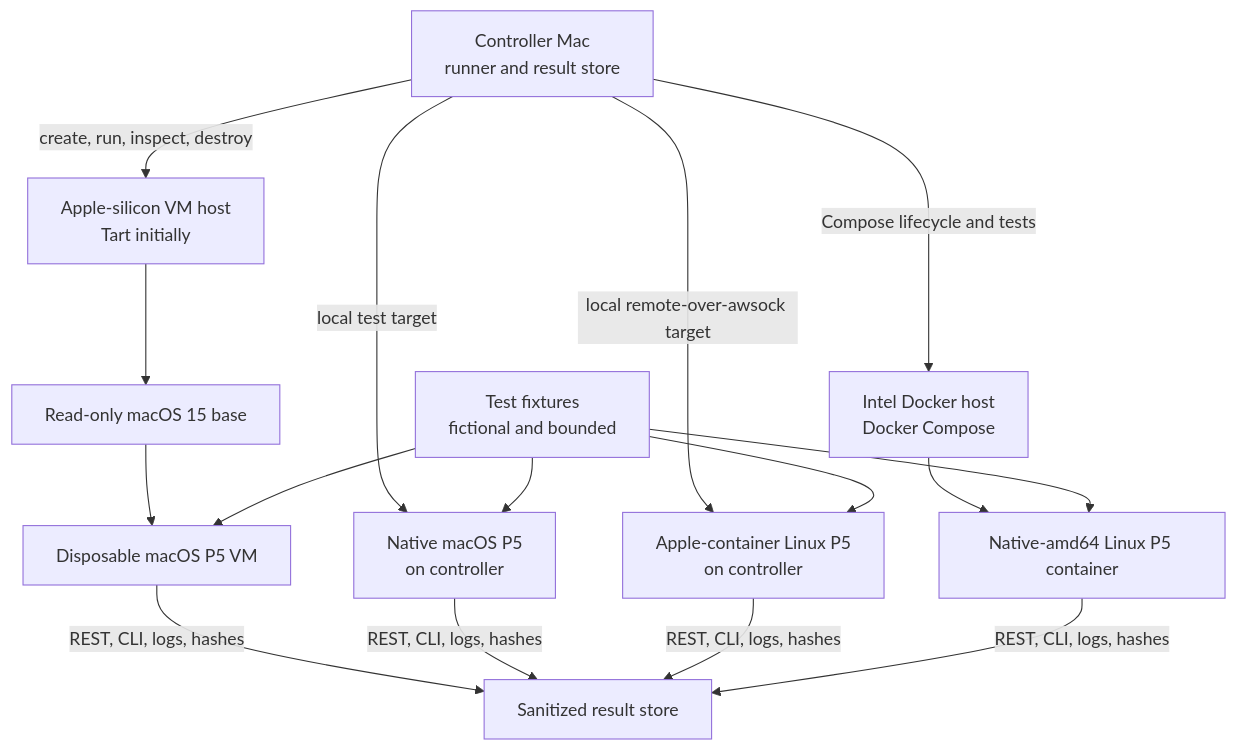
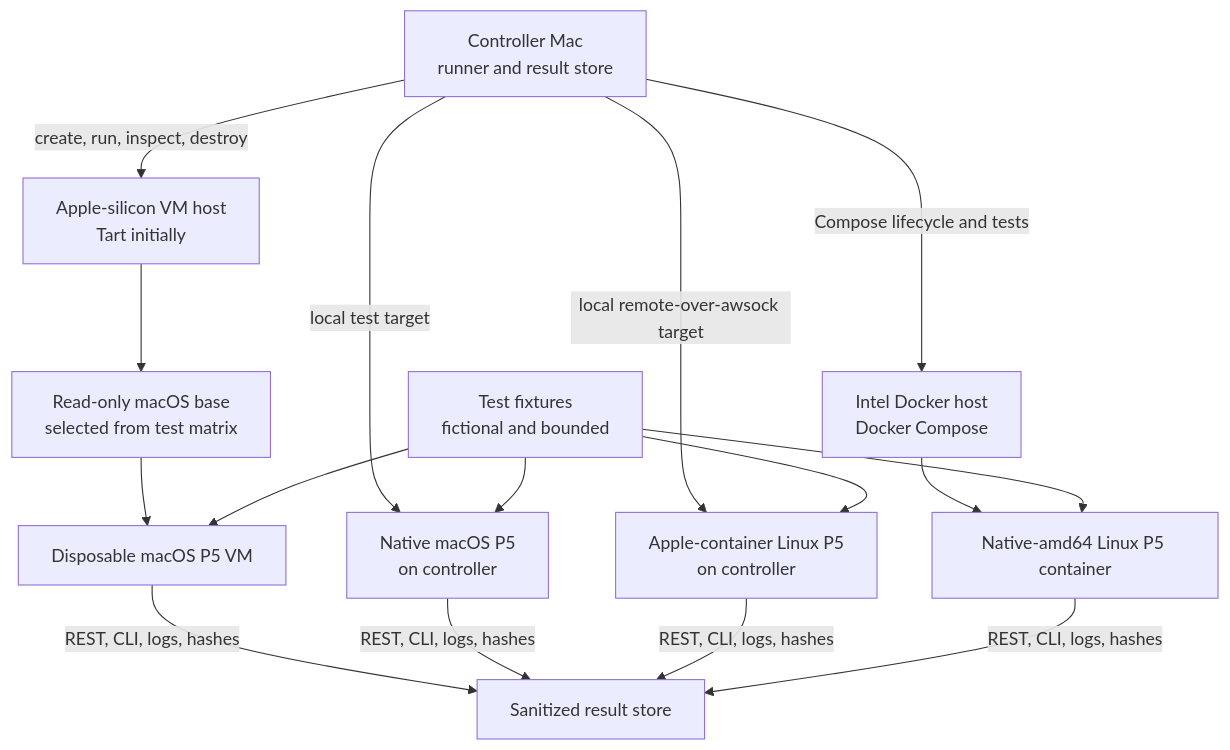
The diagram in Docs/MACOS_VM_P5_TEST_LAB_RESEARCH.md (macvfx/P5-local-lab-setup), drawn with Mermaid before and after one commit. The commit also changed other lines of this file and 2 other files, not shown here.

Commit message:
Update native macOS compatibility guidance

````diff
--- a/Docs/MACOS_VM_P5_TEST_LAB_RESEARCH.md
+++ b/Docs/MACOS_VM_P5_TEST_LAB_RESEARCH.md
@@ -120,29 +129,29 @@
 ```mermaid
 flowchart TB
     C[Controller Mac<br/>runner and result store]
     N[Native macOS P5<br/>on controller]
     A[Apple-container Linux P5<br/>on controller]
     M[Apple-silicon VM host<br/>Tart initially]
-    B[Read-only macOS 15 base]
+    B[Read-only macOS base<br/>selected from test matrix]
     V1[Disposable macOS P5 VM]
     I[Intel Docker host<br/>Docker Compose]
     D[Native-amd64 Linux P5 container]
     F[Test fixtures<br/>fictional and bounded]
     R[Sanitized result store]
 
     C -->|local test target| N
     C -->|local remote-over-awsock target| A
     C -->|create, run, inspect, destroy| M
     M --> B
     B --> V1
     C -->|Compose lifecycle and tests| I
     I --> D
     F --> V1
     F --> N
     F --> A
     F --> D
     V1 -->|REST, CLI, logs, hashes| R
     N -->|REST, CLI, logs, hashes| R
     A -->|REST, CLI, logs, hashes| R
     D -->|REST, CLI, logs, hashes| R
 ```
````
